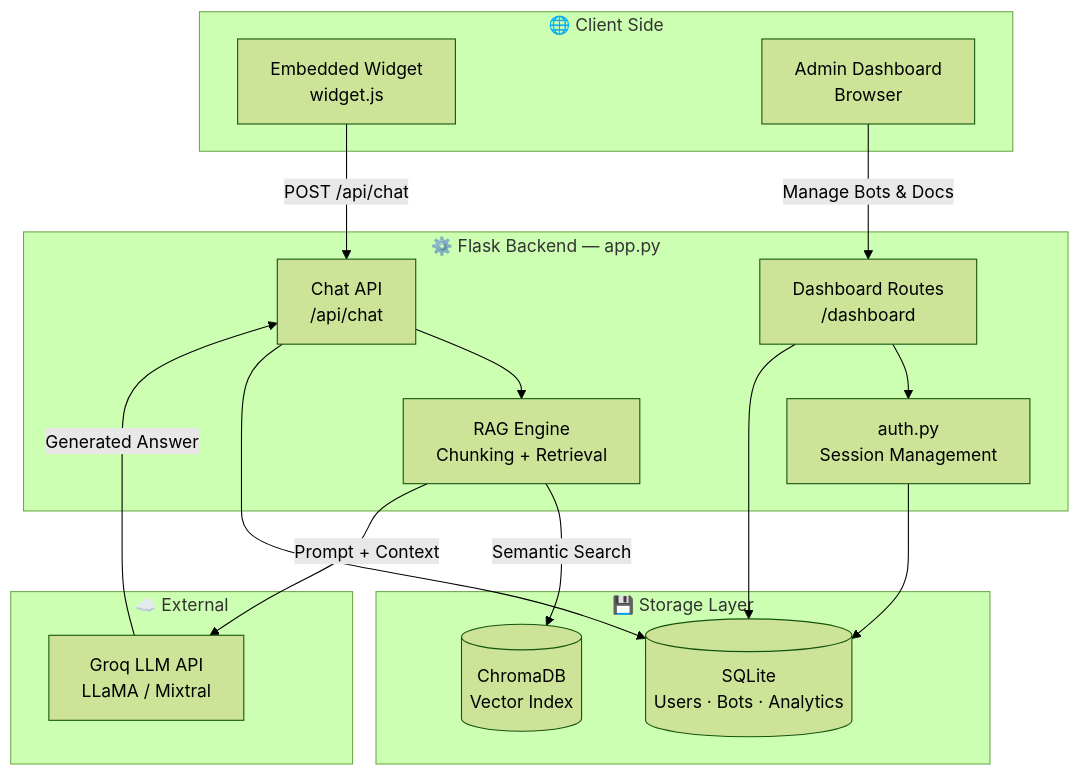
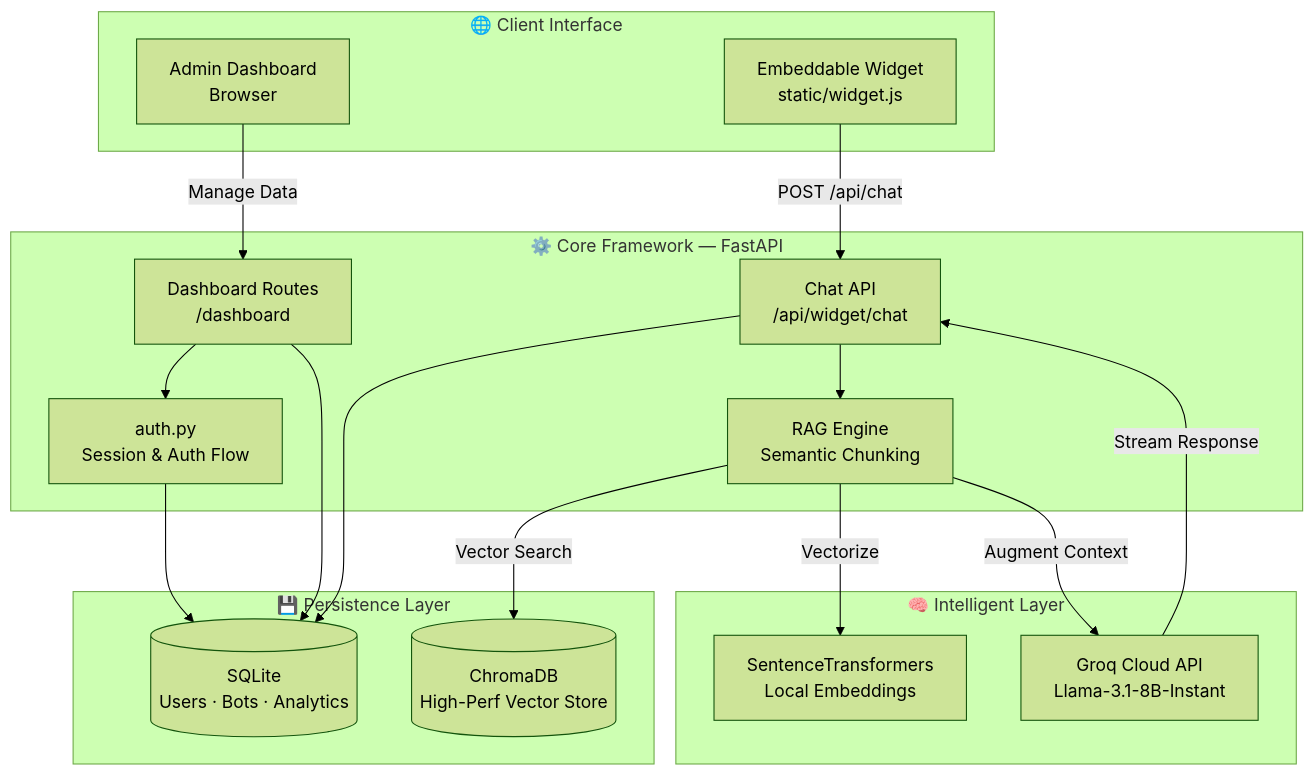
The diagram in README.md (PythonicDG/RAG-Based-Chatbot), drawn with Mermaid (forest theme) before and after one commit. The commit also changed other lines of this file and 1 other file, not shown here.

````diff
--- a/README.md
+++ b/README.md
@@ -22,34 +32,36 @@
 ```mermaid
 flowchart TD
-    subgraph Client["🌐 Client Side"]
-        W[Embedded Widget\nwidget.js]
+    subgraph Client["🌐 Client Interface"]
+        W[Embeddable Widget\nstatic/widget.js]
         D[Admin Dashboard\nBrowser]
     end
 
-    subgraph Server["⚙️ Flask Backend — app.py"]
-        AUTH[auth.py\nSession Management]
-        API[Chat API\n/api/chat]
+    subgraph Backend["⚙️ Core Framework — FastAPI"]
+        AUTH[auth.py\nSession & Auth Flow]
+        API[Chat API\n/api/widget/chat]
         ADMIN[Dashboard Routes\n/dashboard]
-        RAG[RAG Engine\nChunking + Retrieval]
+        RAG[RAG Engine\nSemantic Chunking]
     end
 
-    subgraph Storage["💾 Storage Layer"]
-        DB[(SQLite\nUsers · Bots · Analytics)]
-        CHROMA[(ChromaDB\nVector Index)]
+    subgraph AI["🧠 Intelligent Layer"]
+        SENT[SentenceTransformers\nLocal Embeddings]
+        GROQ[Groq Cloud API\nLlama-3.1-8B-Instant]
     end
 
-    subgraph External["☁️ External"]
-        GROQ[Groq LLM API\nLLaMA / Mixtral]
+    subgraph Storage["💾 Persistence Layer"]
+        DB[(SQLite\nUsers · Bots · Analytics)]
+        CHROMA[(ChromaDB\nHigh-Perf Vector Store)]
     end
 
     W -- "POST /api/chat" --> API
-    D -- "Manage Bots & Docs" --> ADMIN
+    D -- "Manage Data" --> ADMIN
     ADMIN --> AUTH
     API --> RAG
-    RAG -- "Semantic Search" --> CHROMA
-    RAG -- "Prompt + Context" --> GROQ
-    GROQ -- "Generated Answer" --> API
+    RAG -- "Vectorize" --> SENT
+    RAG -- "Vector Search" --> CHROMA
+    RAG -- "Augment Context" --> GROQ
+    GROQ -- "Stream Response" --> API
     AUTH --> DB
     ADMIN --> DB
     API --> DB
 ```
````
